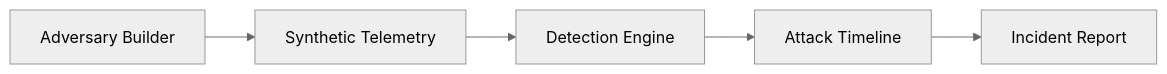
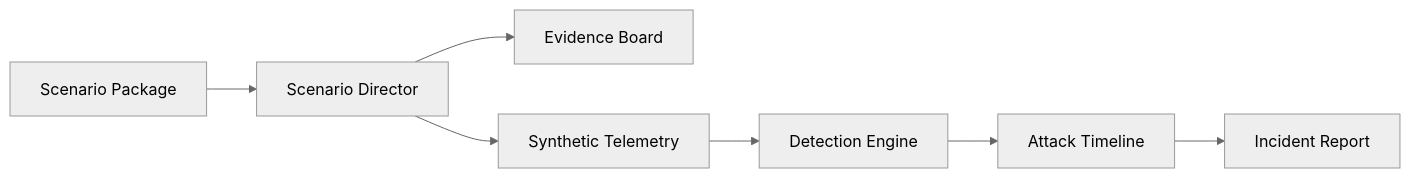
Before and after one commit to 0xgops/adversim: the diagram in docs/architecture.md, drawn with Mermaid (neutral theme). The commit also changed other lines of this file and 6 other files, not shown here.

````diff
--- a/docs/architecture.md
+++ b/docs/architecture.md
@@ -16,7 +16,9 @@
 ```mermaid
 flowchart LR
-    A["Adversary Builder"] --> B["Synthetic Telemetry"]
-    B --> C["Detection Engine"]
-    C --> D["Attack Timeline"]
-    D --> E["Incident Report"]
+    A["Scenario Package"] --> B["Scenario Director"]
+    B --> C["Evidence Board"]
+    B --> D["Synthetic Telemetry"]
+    D --> E["Detection Engine"]
+    E --> F["Attack Timeline"]
+    F --> G["Incident Report"]
 ```
````
